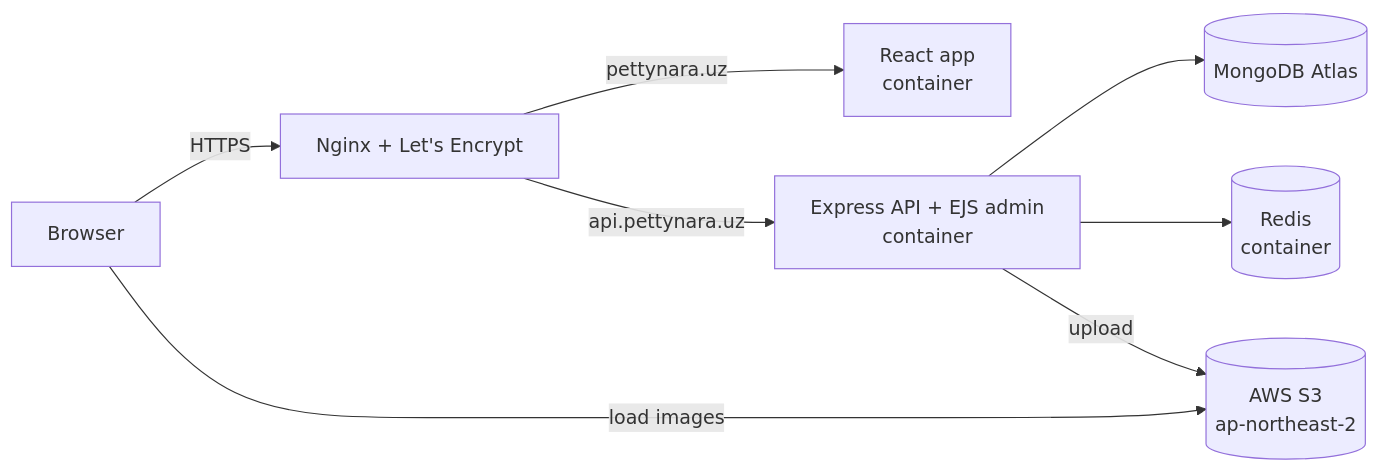
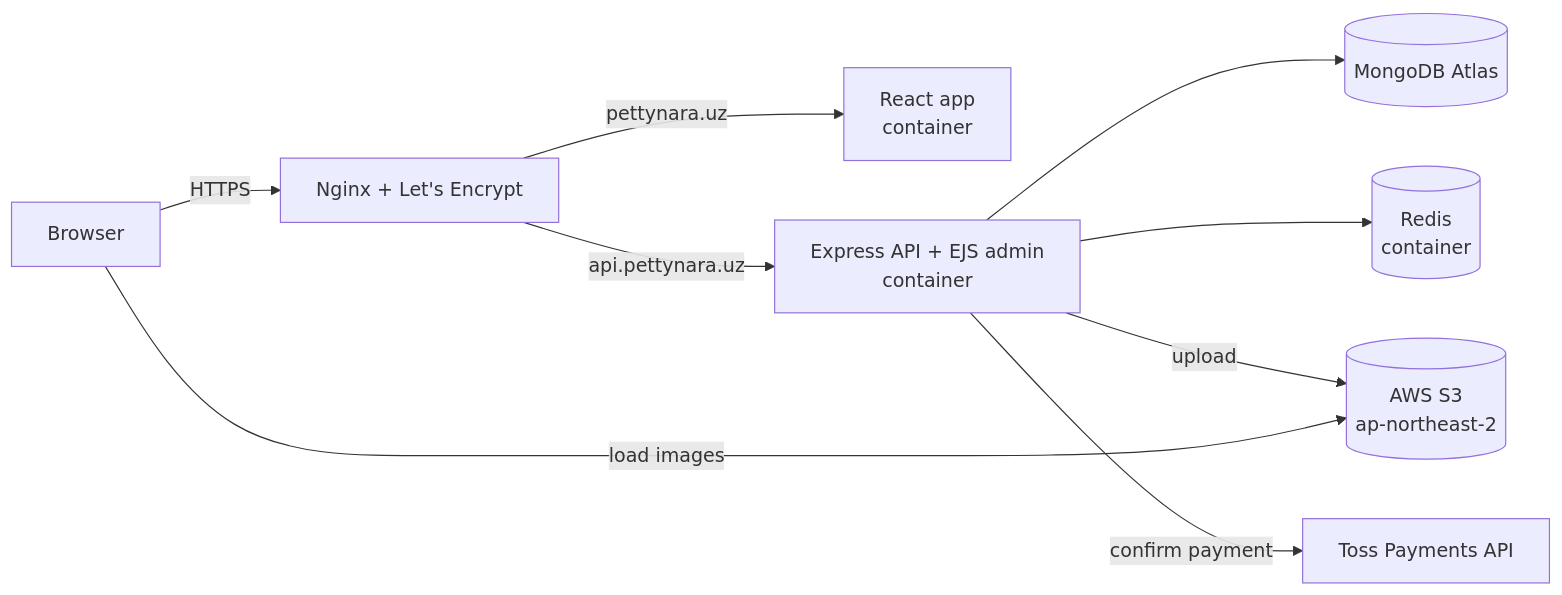
The first of 2 diagrams in README.md (qazakhi515/pettynara), drawn with Mermaid before and after one commit. The commit also changed other lines of this file and 13 other files, not shown here.

First line of the commit message:
feat: add Toss Payments checkout (test mode)

````diff
--- a/README.md
+++ b/README.md
@@ -36,10 +37,11 @@
 ```mermaid
 flowchart LR
     U[Browser] -->|HTTPS| N[Nginx + Let's Encrypt]
     N -->|pettynara.uz| W[React app<br/>container]
     N -->|api.pettynara.uz| A[Express API + EJS admin<br/>container]
     A --> M[(MongoDB Atlas)]
     A --> R[(Redis<br/>container)]
     A -->|upload| S[(AWS S3<br/>ap-northeast-2)]
+    A -->|confirm payment| T[Toss Payments API]
     U -->|load images| S
 ```
````
